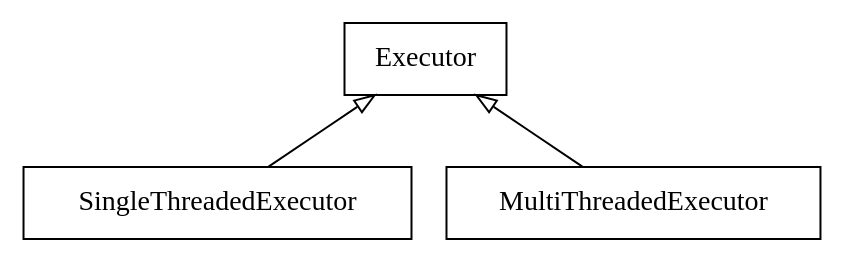
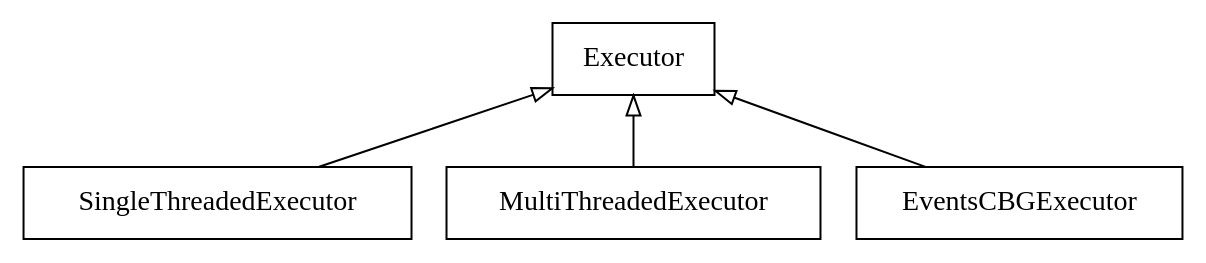
The diagram in source/Concepts/Intermediate/About-Executors.rst (ros2/ros2_documentation), drawn with Graphviz before and after one commit. The commit also changed other lines of this file and 2 other files, not shown here.

Commit message:
Add option for EventsCBG executor

```diff
--- a/source/Concepts/Intermediate/About-Executors.rst
+++ b/source/Concepts/Intermediate/About-Executors.rst
@@ -69,11 +69,13 @@
 .. graphviz::
 
    digraph Flatland {
 
       Executor -> SingleThreadedExecutor [dir = back, arrowtail = empty];
       Executor -> MultiThreadedExecutor [dir = back, arrowtail = empty];
+      Executor -> EventsCBGExecutor [dir = back, arrowtail = empty];
       Executor  [shape=polygon,sides=4];
       SingleThreadedExecutor  [shape=polygon,sides=4];
       MultiThreadedExecutor  [shape=polygon,sides=4];
+      EventsCBGExecutor  [shape=polygon,sides=4];
 
       }
```
